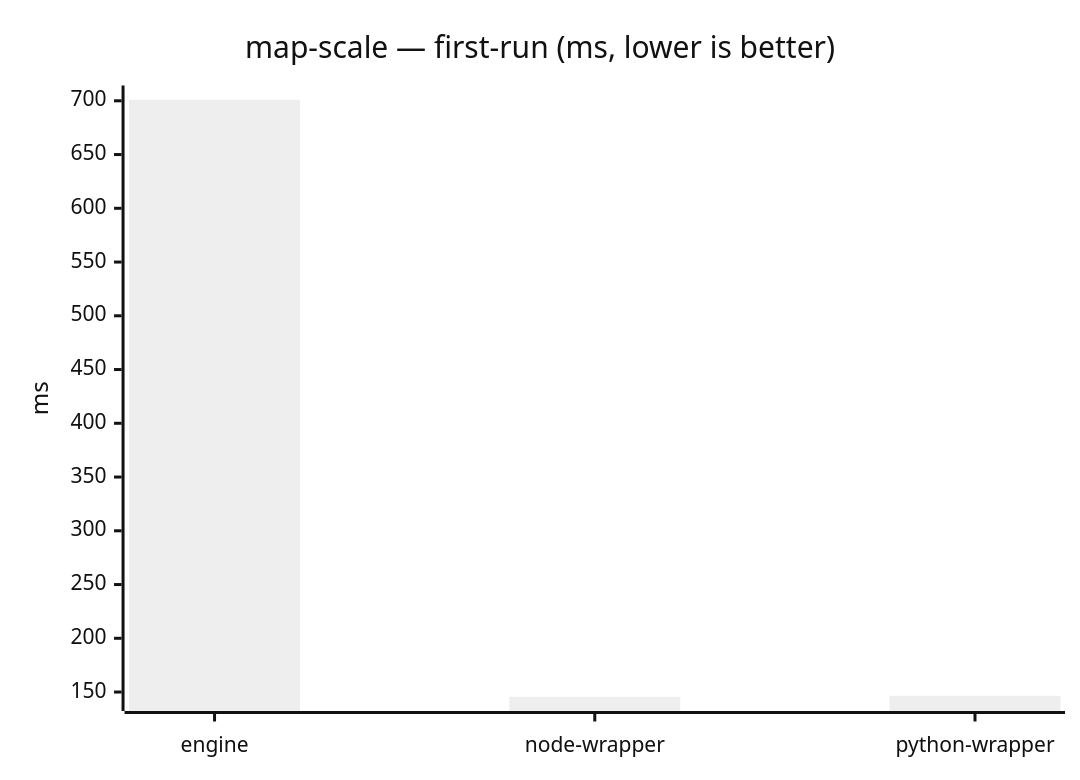
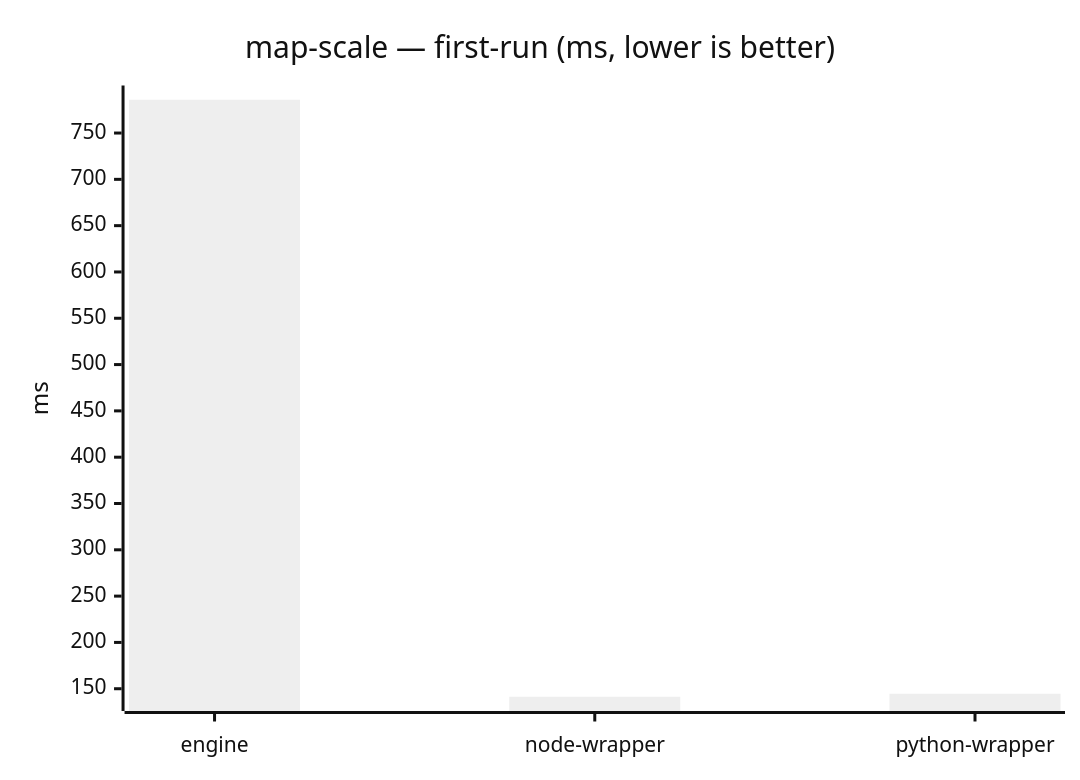
Before and after one commit to mulesoft/data-weave-cli: the sixth of 23 diagrams in benchmarks/report/RESULTS.md, drawn with Mermaid (neutral theme). The commit also changed other lines of this file, not shown here.

````diff
--- a/benchmarks/report/RESULTS.md
+++ b/benchmarks/report/RESULTS.md
@@ -90,7 +90,7 @@
 ```mermaid
 xychart-beta
     title "map-scale — first-run (ms, lower is better)"
     x-axis ["engine", "node-wrapper", "python-wrapper"]
     y-axis "ms"
-    bar [700.978, 145.616, 146.478]
+    bar [785.942, 141.339, 144.58]
 ```
````
